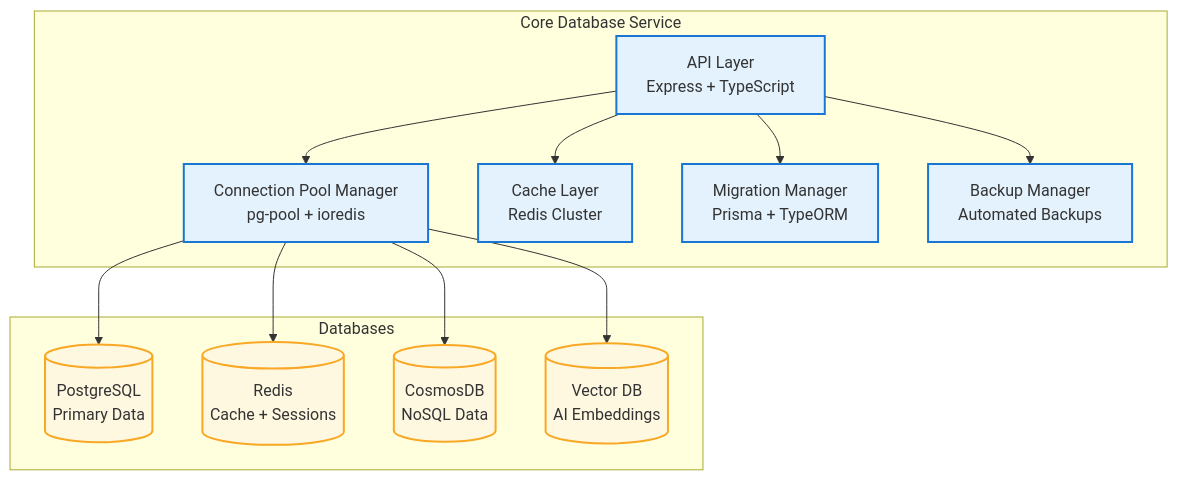
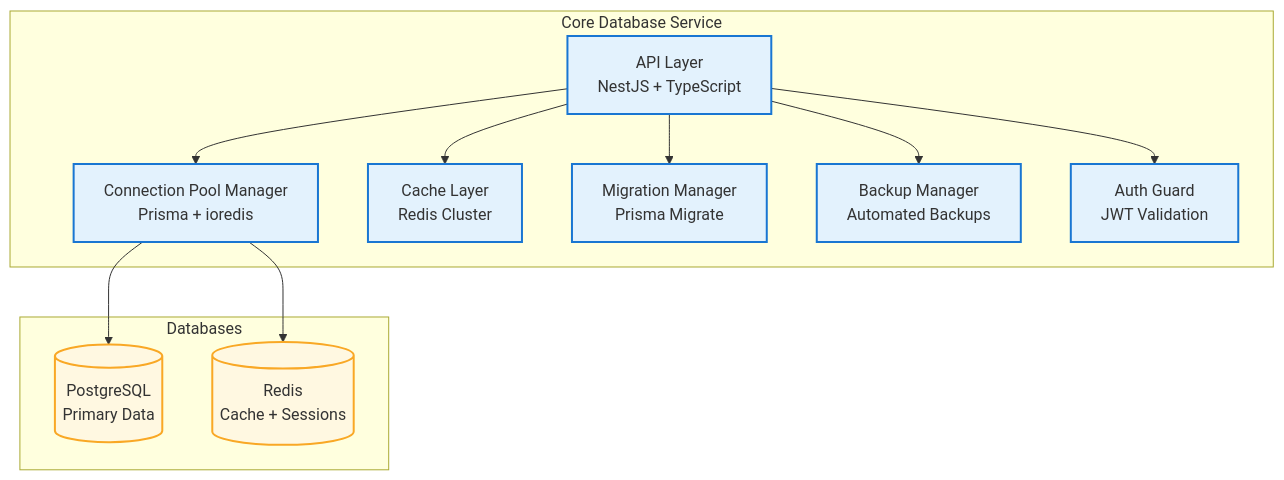
Before and after one commit to VisioBook-ESP/docs-architecture: the first of 3 diagrams in docs/api/core-database-service.md, drawn with Mermaid. The commit also changed other lines of this file and 6 other files, not shown here.

````diff
--- a/docs/api/core-database-service.md
+++ b/docs/api/core-database-service.md
@@ -22,32 +22,30 @@
 ```mermaid
 graph TB
     subgraph "Core Database Service"
-        API[API Layer<br/>Express + TypeScript]
-        POOL[Connection Pool Manager<br/>pg-pool + ioredis]
+        API[API Layer<br/>NestJS + TypeScript]
+        POOL[Connection Pool Manager<br/>Prisma + ioredis]
         CACHE[Cache Layer<br/>Redis Cluster]
-        MIGRATE[Migration Manager<br/>Prisma + TypeORM]
+        MIGRATE[Migration Manager<br/>Prisma Migrate]
         BACKUP[Backup Manager<br/>Automated Backups]
+        GUARD[Auth Guard<br/>JWT Validation]
     end
 
     subgraph "Databases"
         PG[(PostgreSQL<br/>Primary Data)]
         REDIS[(Redis<br/>Cache + Sessions)]
-        COSMOS[(CosmosDB<br/>NoSQL Data)]
-        VECTOR[(Vector DB<br/>AI Embeddings)]
     end
 
+    API --> GUARD
     API --> POOL
     POOL --> PG
     POOL --> REDIS
-    POOL --> COSMOS
-    POOL --> VECTOR
     API --> CACHE
     API --> MIGRATE
     API --> BACKUP
 
     classDef service fill:#e3f2fd,stroke:#1976d2,stroke-width:2px
     classDef database fill:#fff8e1,stroke:#f9a825,stroke-width:2px
 
-    class API,POOL,CACHE,MIGRATE,BACKUP service
-    class PG,REDIS,COSMOS,VECTOR database
+    class API,POOL,CACHE,MIGRATE,BACKUP,GUARD service
+    class PG,REDIS database
 ```
````
